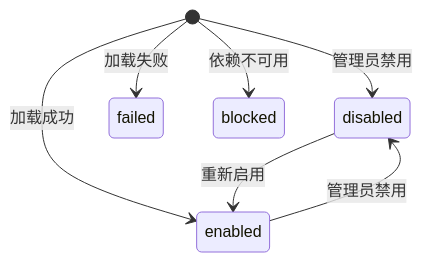
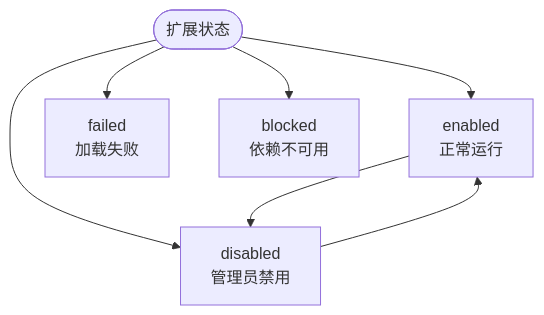
Before and after one commit to FFDVDGD/UniBot: the diagram in Docs/docs/unibot/扩展系统.md, drawn with Mermaid. The commit also changed other lines of this file and 20 other files, not shown here.

````diff
--- a/Docs/docs/unibot/扩展系统.md
+++ b/Docs/docs/unibot/扩展系统.md
@@ -167,9 +175,15 @@
 ```mermaid
-stateDiagram-v2
-    [*] --> disabled : 管理员禁用
-    [*] --> enabled : 加载成功
-    enabled --> disabled : 管理员禁用
-    disabled --> enabled : 重新启用
-    [*] --> failed : 加载失败
-    [*] --> blocked : 依赖不可用
+flowchart TD
+    start([扩展状态])
+    enabled["enabled<br/>正常运行"]
+    disabled["disabled<br/>管理员禁用"]
+    failed["failed<br/>加载失败"]
+    blocked["blocked<br/>依赖不可用"]
+
+    start --> enabled
+    start --> disabled
+    start --> failed
+    start --> blocked
+    enabled --> disabled
+    disabled --> enabled
 ```
````
